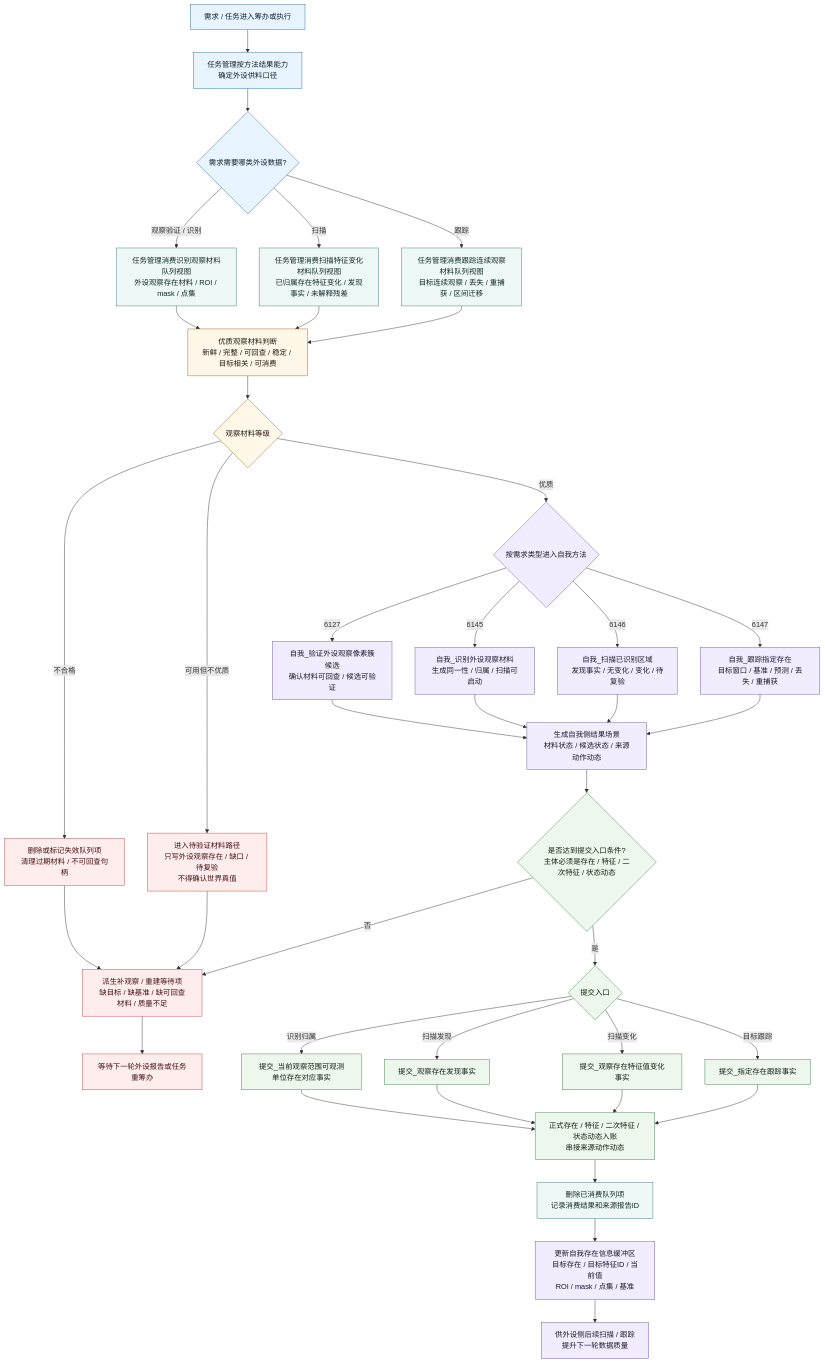
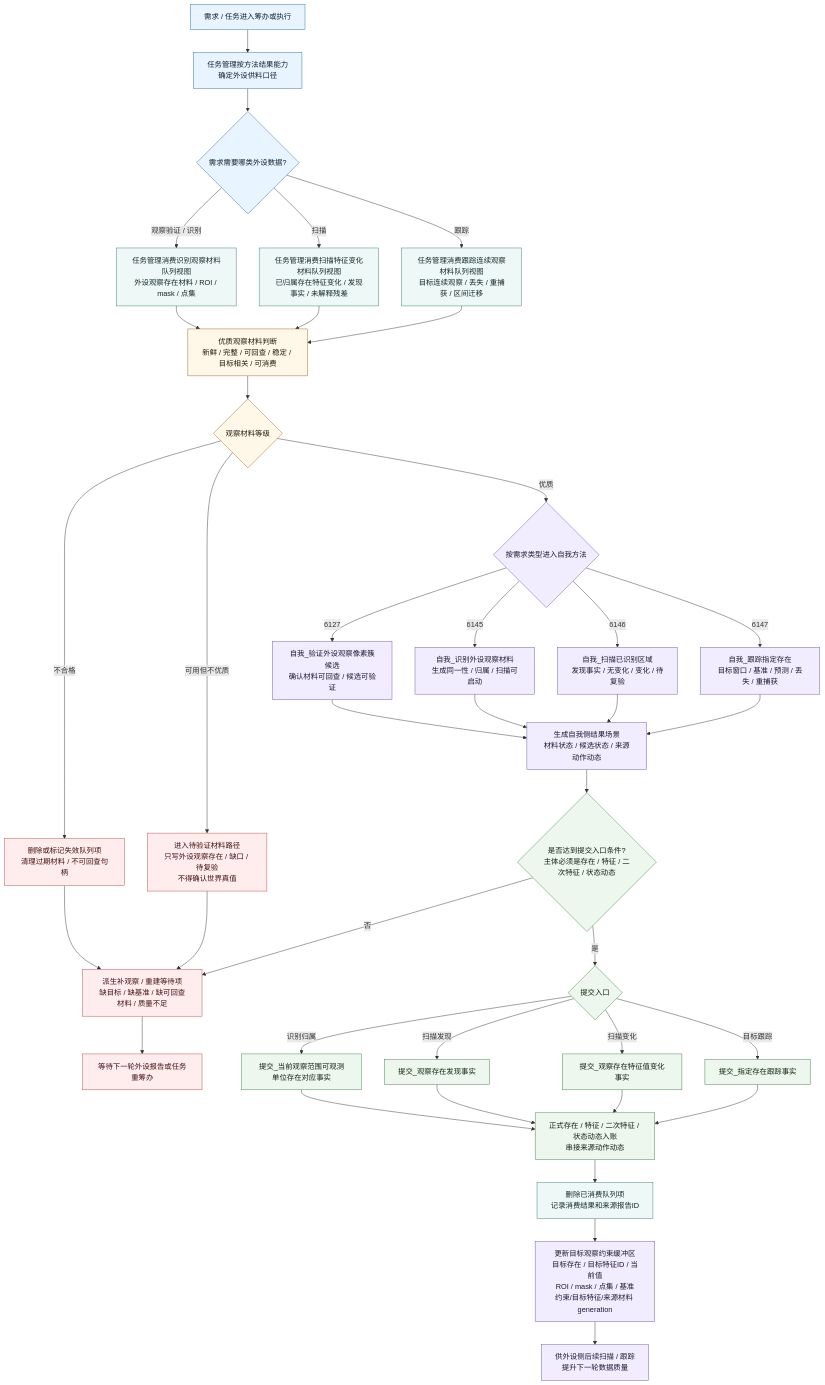
One commit to chunhaizh-cyber/Birthplace-of-digital-civilization changed the first of 3 diagrams in 流程图/20260606_外设工作流程图_v0.2.md. Above: the diagram before and after it, drawn with Mermaid. The commit also changed other lines of this file and 67 other files, not shown here.

````diff
--- a/流程图/20260606_外设工作流程图_v0.2.md
+++ b/流程图/20260606_外设工作流程图_v0.2.md
@@ -44,64 +44,64 @@
 ```mermaid
 flowchart TB
     A["需求 / 任务进入筹办或执行"] --> B["任务管理按方法结果能力<br/>确定外设供料口径"]
     B --> C{"需求需要哪类外设数据?"}
 
     C -->|观察验证 / 识别| D1["任务管理消费识别观察材料队列视图<br/>外设观察存在材料 / ROI / mask / 点集"]
     C -->|扫描| D2["任务管理消费扫描特征变化材料队列视图<br/>已归属存在特征变化 / 发现事实 / 未解释残差"]
     C -->|跟踪| D3["任务管理消费跟踪连续观察材料队列视图<br/>目标连续观察 / 丢失 / 重捕获 / 区间迁移"]
 
     D1 --> E["优质观察材料判断<br/>新鲜 / 完整 / 可回查 / 稳定 / 目标相关 / 可消费"]
     D2 --> E
     D3 --> E
 
     E --> F{"观察材料等级"}
     F -->|不合格| G["删除或标记失效队列项<br/>清理过期材料 / 不可回查句柄"]
     G --> H["派生补观察 / 重建等待项<br/>缺目标 / 缺基准 / 缺可回查材料 / 质量不足"]
 
     F -->|可用但不优质| I["进入待验证材料路径<br/>只写外设观察存在 / 缺口 / 待复验<br/>不得确认世界真值"]
     I --> H
 
     F -->|优质| J{"按需求类型进入自我方法"}
     J -->|6127| K["自我_验证外设观察像素簇候选<br/>确认材料可回查 / 候选可验证"]
     J -->|6145| L["自我_识别外设观察材料<br/>生成同一性 / 归属 / 扫描可启动"]
     J -->|6146| M["自我_扫描已识别区域<br/>发现事实 / 无变化 / 变化 / 待复验"]
     J -->|6147| N["自我_跟踪指定存在<br/>目标窗口 / 基准 / 预测 / 丢失 / 重捕获"]
 
     K --> O["生成自我侧结果场景<br/>材料状态 / 候选状态 / 来源动作动态"]
     L --> O
     M --> O
     N --> O
 
     O --> P{"是否达到提交入口条件?<br/>主体必须是存在 / 特征 / 二次特征 / 状态动态"}
     P -->|否| H
     P -->|是| Q{"提交入口"}
 
     Q -->|识别归属| R1["提交_当前观察范围可观测单位存在对应事实"]
     Q -->|扫描发现| R2["提交_观察存在发现事实"]
     Q -->|扫描变化| R3["提交_观察存在特征值变化事实"]
     Q -->|目标跟踪| R4["提交_指定存在跟踪事实"]
 
     R1 --> S["正式存在 / 特征 / 二次特征 / 状态动态入账<br/>串接来源动作动态"]
     R2 --> S
     R3 --> S
     R4 --> S
 
     S --> T["删除已消费队列项<br/>记录消费结果和来源报告ID"]
-    T --> U["更新自我存在信息缓冲区<br/>目标存在 / 目标特征ID / 当前值<br/>ROI / mask / 点集 / 基准"]
+    T --> U["更新目标观察约束缓冲区<br/>目标存在 / 目标特征ID / 当前值<br/>ROI / mask / 点集 / 基准<br/>约束/目标特征/来源材料 generation"]
     U --> V["供外设侧后续扫描 / 跟踪<br/>提升下一轮数据质量"]
     H --> W["等待下一轮外设报告或任务重筹办"]
 
     classDef demand fill:#e8f4ff,stroke:#2f6f9f,color:#102030;
     classDef queue fill:#eef8f7,stroke:#397b77,color:#102827;
     classDef quality fill:#fff8e8,stroke:#9a6a1a,color:#24160a;
     classDef self fill:#f1edff,stroke:#6c56a4,color:#1d1730;
     classDef submit fill:#eef7ed,stroke:#3f7f4f,color:#102010;
     classDef gap fill:#ffecec,stroke:#b84a4a,color:#401111;
 
     class A,B,C demand;
     class D1,D2,D3,T queue;
     class E,F quality;
     class J,K,L,M,N,O,U,V self;
     class P,Q,R1,R2,R3,R4,S submit;
     class G,H,I,W gap;
 ```
````
